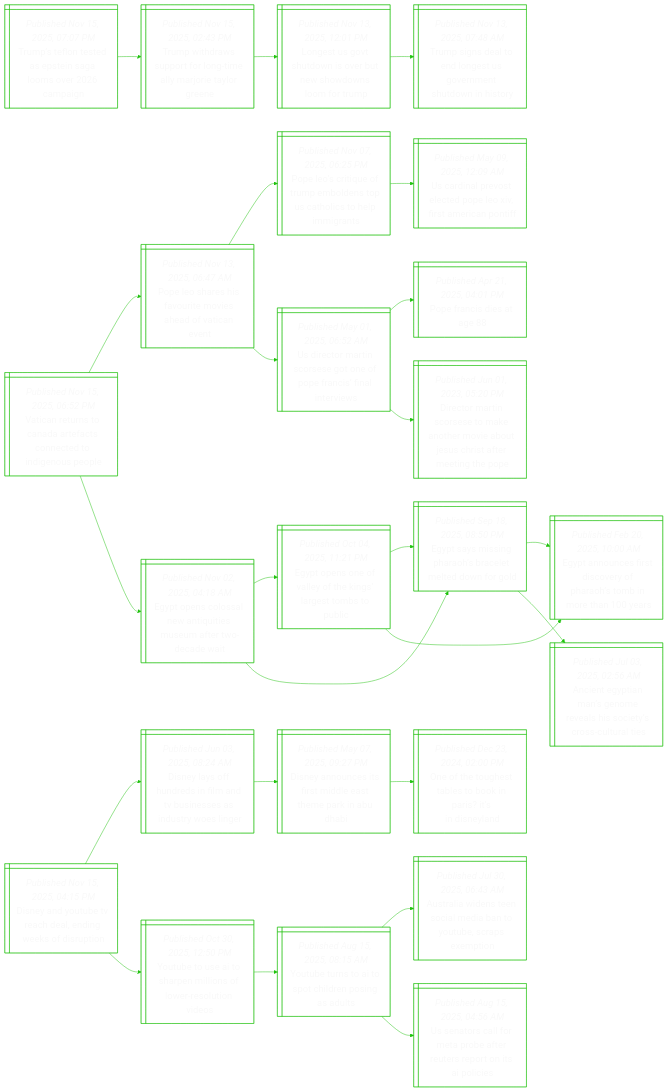
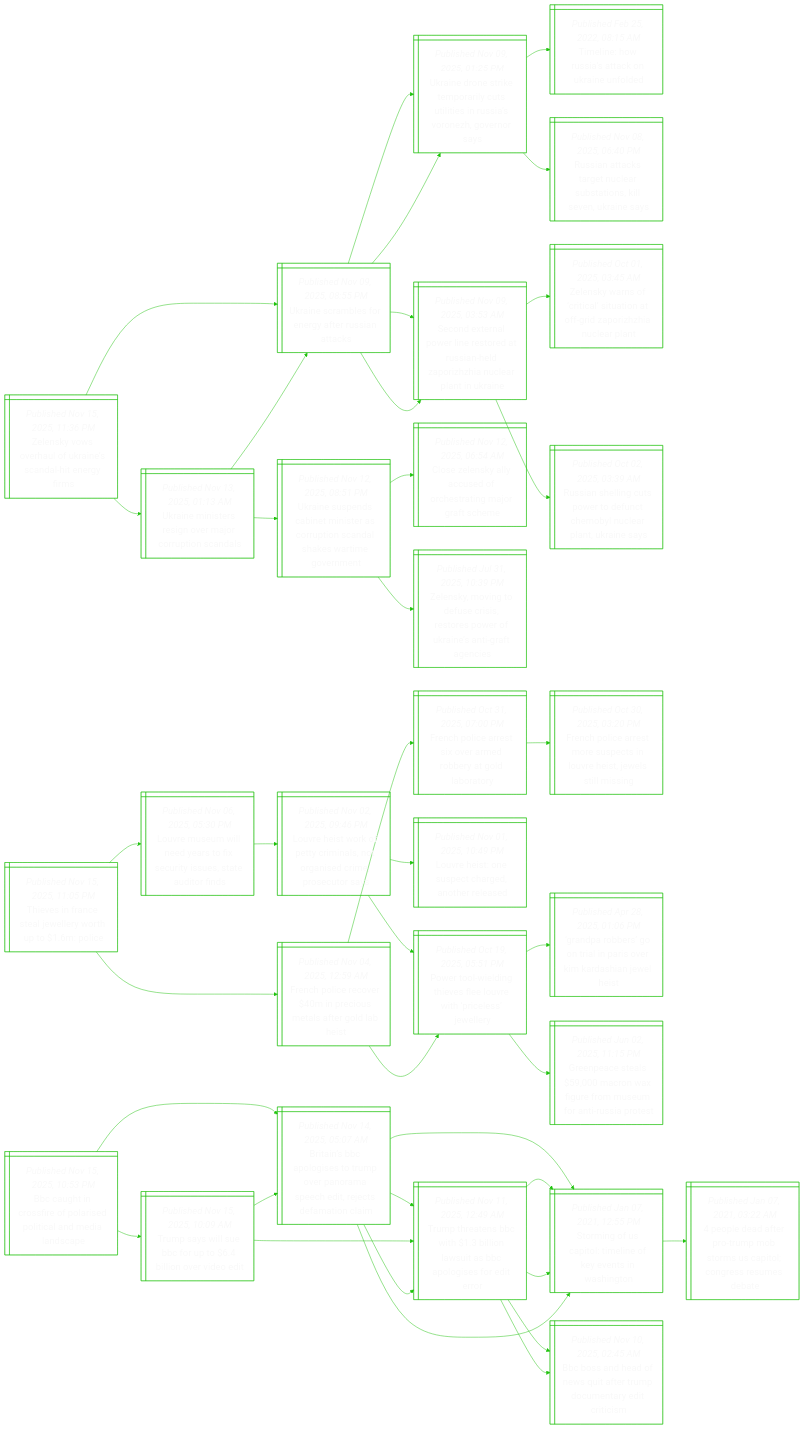
Before and after one commit to notJmes/notJmes: the diagram in README.md, drawn with Mermaid. The commit also changed other lines of this file, not shown here.

````diff
--- a/README.md
+++ b/README.md
@@ -16,85 +16,127 @@
 flowchart LR
 classDef txtsize font-size:20px;
 
-TsotEiasci@{ shape: win-pane, label: "_Published Nov 15, 2025, 07:07 PM_
-Trump’s teflon tested as epstein saga looms over 2026 campaign" }
-TwrutomyoaGe@{ shape: win-pane, label: "_Published Nov 15, 2025, 02:43 PM_
-Trump withdraws support for long-time ally marjorie taylor greene" }
-Lsounenonmr@{ shape: win-pane, label: "_Published Nov 13, 2025, 12:01 PM_
-Longest us govt shutdown is over but new showdowns loom for trump" }
-Tsdootveuns@{ shape: win-pane, label: "_Published Nov 13, 2025, 07:48 AM_
-Trump signs deal to end longest us government shutdown in history" }
+Zswroasaeys@{ shape: win-pane, label: "_Published Nov 15, 2025, 11:36 PM_
+Zelensky vows overhaul of ukraine’s scandal-hit energy firms" }
+UnasnaRaa@{ shape: win-pane, label: "_Published Nov 09, 2025, 08:55 PM_
+Ukraine scrambles for energy after russian attacks" }
+Unnimruieusnoos@{ shape: win-pane, label: "_Published Nov 09, 2025, 01:25 PM_
+Ukraine drone strike temporarily cuts utilities in russia’s voronezh, governor says" }
+Tiwitnifd@{ shape: win-pane, label: "_Published Feb 25, 2022, 08:15 AM_
+Timeline: how russia's attack on ukraine unfolded" }
+Raaanasoleaa@{ shape: win-pane, label: "_Published Nov 08, 2025, 06:40 PM_
+Russian attacks target nuclear substations, kill seven, ukraine says" }
+SdroisdshazaeaUn@{ shape: win-pane, label: "_Published Nov 09, 2025, 03:53 AM_
+Second external power line restored at russian-held zaporizhzhia nuclear plant in ukraine" }
+Zsrcctofdrhcp@{ shape: win-pane, label: "_Published Oct 01, 2025, 03:45 AM_
+Zelensky warns of ‘critical’ situation at off-grid zaporizhzhia nuclear plant" }
+Ralcooneyllke@{ shape: win-pane, label: "_Published Oct 02, 2025, 03:39 AM_
+Russian shelling cuts power to defunct chernobyl nuclear plant, ukraine says" }
+Unisgrrund@{ shape: win-pane, label: "_Published Nov 13, 2025, 01:13 AM_
+Ukraine ministers resign over major corruption scandals" }
+UnasnaRaa@{ shape: win-pane, label: "_Published Nov 09, 2025, 08:55 PM_
+Ukraine scrambles for energy after russian attacks" }
+Unnimruieusnoos@{ shape: win-pane, label: "_Published Nov 09, 2025, 01:25 PM_
+Ukraine drone strike temporarily cuts utilities in russia’s voronezh, governor says" }
+SdroisdshazaeaUn@{ shape: win-pane, label: "_Published Nov 09, 2025, 03:53 AM_
+Second external power line restored at russian-held zaporizhzhia nuclear plant in ukraine" }
+UnpCeiaronhwmen@{ shape: win-pane, label: "_Published Nov 12, 2025, 08:51 PM_
+Ukraine suspends cabinet minister as corruption scandal shakes wartime government" }
+CZslufetarc@{ shape: win-pane, label: "_Published Nov 12, 2025, 06:54 AM_
+Close zelensky ally accused of orchestrating major graft scheme" }
+Zsvossssrrsgai@{ shape: win-pane, label: "_Published Jul 31, 2025, 10:39 PM_
+Zelensky, moving to defuse crisis, restores power of ukraine’s anti-graft agencies" }
 
-TsotEiasci:::txtsize --> TwrutomyoaGe:::txtsize
-TwrutomyoaGe:::txtsize --> Lsounenonmr:::txtsize
-Lsounenonmr:::txtsize --> Tsdootveuns:::txtsize
+Zswroasaeys:::txtsize --> UnasnaRaa:::txtsize
+UnasnaRaa:::txtsize --> Unnimruieusnoos:::txtsize
+Unnimruieusnoos:::txtsize --> Tiwitnifd:::txtsize
+Unnimruieusnoos:::txtsize --> Raaanasoleaa:::txtsize
+UnasnaRaa:::txtsize --> SdroisdshazaeaUn:::txtsize
+SdroisdshazaeaUn:::txtsize --> Zsrcctofdrhcp:::txtsize
+SdroisdshazaeaUn:::txtsize --> Ralcooneyllke:::txtsize
+Zswroasaeys:::txtsize --> Unisgrrund:::txtsize
+Unisgrrund:::txtsize --> UnasnaRaa:::txtsize
+UnasnaRaa:::txtsize --> Unnimruieusnoos:::txtsize
+UnasnaRaa:::txtsize --> SdroisdshazaeaUn:::txtsize
+Unisgrrund:::txtsize --> UnpCeiaronhwmen:::txtsize
+UnpCeiaronhwmen:::txtsize --> CZslufetarc:::txtsize
+UnpCeiaronhwmen:::txtsize --> Zsvossssrrsgai:::txtsize
 
-Vauodesetiup@{ shape: win-pane, label: "_Published Nov 15, 2025, 06:52 PM_
-Vatican returns to canada artefacts connected to indigenous people" }
-Persumsdte@{ shape: win-pane, label: "_Published Nov 13, 2025, 06:47 AM_
-Pope leo shares his favourite movies ahead of vatican event" }
-PeieubnUhslit@{ shape: win-pane, label: "_Published Nov 07, 2025, 06:25 PM_
-Pope leo’s critique of trump emboldens top us catholics to help immigrants" }
-UdPscooimat@{ shape: win-pane, label: "_Published May 09, 2025, 12:09 AM_
-Us cardinal prevost elected pope leo xiv, first american pontiff" }
-UeMnsooecnte@{ shape: win-pane, label: "_Published May 01, 2025, 06:52 AM_
-Us director martin scorsese got one of pope francis’ final interviews" }
-Prsa@{ shape: win-pane, label: "_Published Apr 21, 2025, 04:01 PM_
-Pope francis dies at age 88" }
-DtrcsaomaJCtrie@{ shape: win-pane, label: "_Published Jun 01, 2023, 05:20 PM_
-Director martin scorsese to make another movie about jesus christ after meeting the pope" }
-Eocswqeetodt@{ shape: win-pane, label: "_Published Nov 02, 2025, 04:18 AM_
-Egypt opens colossal new antiquities museum after two-decade wait" }
-EooVyesempc@{ shape: win-pane, label: "_Published Oct 04, 2025, 11:21 PM_
-Egypt opens one of valley of the kings’ largest tombs to public" }
-Esigaretwg@{ shape: win-pane, label: "_Published Sep 18, 2025, 08:50 PM_
-Egypt says missing pharaoh’s bracelet melted down for gold" }
-Eaniiepomoar@{ shape: win-pane, label: "_Published Feb 20, 2025, 10:00 AM_
-Egypt announces first discovery of pharaoh’s tomb in more than 100 years" }
-Esigaretwg@{ shape: win-pane, label: "_Published Sep 18, 2025, 08:50 PM_
-Egypt says missing pharaoh’s bracelet melted down for gold" }
-Eaniiepomoar@{ shape: win-pane, label: "_Published Feb 20, 2025, 10:00 AM_
-Egypt announces first discovery of pharaoh’s tomb in more than 100 years" }
-Anpmerlstoll@{ shape: win-pane, label: "_Published Jul 03, 2025, 02:56 AM_
-Ancient egyptian man’s genome reveals his society’s cross-cultural ties" }
+Tersjlopo@{ shape: win-pane, label: "_Published Nov 15, 2025, 11:05 PM_
+Thieves in france steal jewellery worth up to $1.6m: police" }
+Leulytsisturs@{ shape: win-pane, label: "_Published Nov 06, 2025, 05:30 PM_
+Louvre museum will need years to fix security issues, state auditor finds" }
+Letotmsrsioty@{ shape: win-pane, label: "_Published Nov 02, 2025, 09:46 PM_
+Louvre heist work of petty criminals, not organised crime, prosecutor says" }
+Ptineluiisey@{ shape: win-pane, label: "_Published Oct 19, 2025, 05:51 PM_
+Power tool-wielding thieves flee louvre with ‘priceless’ jewellery" }
+Letutgors@{ shape: win-pane, label: "_Published Nov 01, 2025, 10:49 PM_
+Louvre heist: one suspect charged, another released" }
+Fhcoicmsrli@{ shape: win-pane, label: "_Published Nov 04, 2025, 12:59 AM_
+French police recover $40m in precious metals after gold lab heist" }
+Fhcexarrobo@{ shape: win-pane, label: "_Published Oct 31, 2025, 07:00 PM_
+French police arrest six over armed robbery at gold laboratory" }
+Fhcerpiviwtig@{ shape: win-pane, label: "_Published Oct 30, 2025, 03:20 PM_
+French police arrest more suspects in louvre heist, jewels still missing" }
+Ptineluiisey@{ shape: win-pane, label: "_Published Oct 19, 2025, 05:51 PM_
+Power tool-wielding thieves flee louvre with ‘priceless’ jewellery" }
+GpboiPoidaes@{ shape: win-pane, label: "_Published Apr 28, 2025, 01:06 PM_
+‘grandpa robbers’ go on trial in paris over kim kardashian jewel heist" }
+Gpssofemmnsrt@{ shape: win-pane, label: "_Published Jun 02, 2025, 11:15 PM_
+Greenpeace steals $59,000 macron wax figure from museum for anti-russia protest" }
 
-Vauodesetiup:::txtsize --> Persumsdte:::txtsize
-Persumsdte:::txtsize --> PeieubnUhslit:::txtsize
-PeieubnUhslit:::txtsize --> UdPscooimat:::txtsize
-Persumsdte:::txtsize --> UeMnsooecnte:::txtsize
-UeMnsooecnte:::txtsize --> Prsa:::txtsize
-UeMnsooecnte:::txtsize --> DtrcsaomaJCtrie:::txtsize
-Vauodesetiup:::txtsize --> Eocswqeetodt:::txtsize
-Eocswqeetodt:::txtsize --> EooVyesempc:::txtsize
-EooVyesempc:::txtsize --> Esigaretwg:::txtsize
-EooVyesempc:::txtsize --> Eaniiepomoar:::txtsize
-Eocswqeetodt:::txtsize --> Esigaretwg:::txtsize
-Esigaretwg:::txtsize --> Eaniiepomoar:::txtsize
-Esigaretwg:::txtsize --> Anpmerlstoll:::txtsize
+Tersjlopo:::txtsize --> Leulytsisturs:::txtsize
+Leulytsisturs:::txtsize --> Letotmsrsioty:::txtsize
+Letotmsrsioty:::txtsize --> Ptineluiisey:::txtsize
+Letotmsrsioty:::txtsize --> Letutgors:::txtsize
+Tersjlopo:::txtsize --> Fhcoicmsrli:::txtsize
+Fhcoicmsrli:::txtsize --> Fhcexarrobo:::txtsize
+Fhcexarrobo:::txtsize --> Fhcerpiviwtig:::txtsize
+Fhcoicmsrli:::txtsize --> Ptineluiisey:::txtsize
+Ptineluiisey:::txtsize --> GpboiPoidaes:::txtsize
+Ptineluiisey:::txtsize --> Gpssofemmnsrt:::txtsize
 
-Dyoeaaiedp@{ shape: win-pane, label: "_Published Nov 15, 2025, 04:15 PM_
-Disney and youtube tv reach deal, ending weeks of disruption" }
-DyonslTienrse@{ shape: win-pane, label: "_Published Jun 03, 2025, 08:24 AM_
-Disney lays off hundreds in film and tv businesses as industry woes linger" }
-Dyuirdaerbb@{ shape: win-pane, label: "_Published May 07, 2025, 09:27 PM_
-Disney announces its first middle east theme park in abu dhabi" }
-OtuteoPIDy@{ shape: win-pane, label: "_Published Dec 23, 2024, 02:00 PM_
-One of the toughest tables to book in paris? it’s in disneyland" }
-Ybsoplswsid@{ shape: win-pane, label: "_Published Oct 30, 2025, 12:50 PM_
-Youtube to use ai to sharpen millions of lower-resolution videos" }
-YbnIolpgu@{ shape: win-pane, label: "_Published Aug 15, 2025, 08:15 AM_
-Youtube turns to ai to spot children posing as adults" }
-AaitombYbaeo@{ shape: win-pane, label: "_Published Jul 30, 2025, 06:43 AM_
-Australia widens teen social media ban to youtube, scraps exemption" }
-UacoaerepnIc@{ shape: win-pane, label: "_Published Aug 15, 2025, 04:56 AM_
-Us senators call for meta probe after reuters report on its ai policies" }
+Bunsoadtadnp@{ shape: win-pane, label: "_Published Nov 15, 2025, 10:53 PM_
+Bbc caught in crossfire of polarised political and media landscape" }
+BiCosueoshrtaoi@{ shape: win-pane, label: "_Published Nov 14, 2025, 05:07 AM_
+Britain’s bbc apologises to trump over panorama speech edit, rejects defamation claim" }
+SiUiinenWn@{ shape: win-pane, label: "_Published Jan 07, 2021, 12:55 PM_
+Storming of us capitol: timeline of key events in washington" }
+peapubmalrest@{ shape: win-pane, label: "_Published Jan 07, 2021, 03:22 AM_
+4 people dead after pro-trump mob storms us capitol; congress resumes debate" }
+TttBhiwaagfio@{ shape: win-pane, label: "_Published Nov 11, 2025, 12:49 AM_
+Trump threatens bbc with $1.3 billion lawsuit as bbc apologises for edit error" }
+Bshfqfroneri@{ shape: win-pane, label: "_Published Nov 10, 2025, 02:45 AM_
+Bbc boss and head of news quit after trump documentary edit criticism" }
+SiUiinenWn@{ shape: win-pane, label: "_Published Jan 07, 2021, 12:55 PM_
+Storming of us capitol: timeline of key events in washington" }
+Tsieooieet@{ shape: win-pane, label: "_Published Nov 15, 2025, 10:09 AM_
+Trump says will sue bbc for up to $6.4 billion over video edit" }
+TttBhiwaagfio@{ shape: win-pane, label: "_Published Nov 11, 2025, 12:49 AM_
+Trump threatens bbc with $1.3 billion lawsuit as bbc apologises for edit error" }
+Bshfqfroneri@{ shape: win-pane, label: "_Published Nov 10, 2025, 02:45 AM_
+Bbc boss and head of news quit after trump documentary edit criticism" }
+SiUiinenWn@{ shape: win-pane, label: "_Published Jan 07, 2021, 12:55 PM_
+Storming of us capitol: timeline of key events in washington" }
+BiCosueoshrtaoi@{ shape: win-pane, label: "_Published Nov 14, 2025, 05:07 AM_
+Britain’s bbc apologises to trump over panorama speech edit, rejects defamation claim" }
+SiUiinenWn@{ shape: win-pane, label: "_Published Jan 07, 2021, 12:55 PM_
+Storming of us capitol: timeline of key events in washington" }
+TttBhiwaagfio@{ shape: win-pane, label: "_Published Nov 11, 2025, 12:49 AM_
+Trump threatens bbc with $1.3 billion lawsuit as bbc apologises for edit error" }
 
-Dyoeaaiedp:::txtsize --> DyonslTienrse:::txtsize
-DyonslTienrse:::txtsize --> Dyuirdaerbb:::txtsize
-Dyuirdaerbb:::txtsize --> OtuteoPIDy:::txtsize
-Dyoeaaiedp:::txtsize --> Ybsoplswsid:::txtsize
-Ybsoplswsid:::txtsize --> YbnIolpgu:::txtsize
-YbnIolpgu:::txtsize --> AaitombYbaeo:::txtsize
-YbnIolpgu:::txtsize --> UacoaerepnIc:::txtsize
+Bunsoadtadnp:::txtsize --> BiCosueoshrtaoi:::txtsize
+BiCosueoshrtaoi:::txtsize --> SiUiinenWn:::txtsize
+SiUiinenWn:::txtsize --> peapubmalrest:::txtsize
+BiCosueoshrtaoi:::txtsize --> TttBhiwaagfio:::txtsize
+TttBhiwaagfio:::txtsize --> Bshfqfroneri:::txtsize
+TttBhiwaagfio:::txtsize --> SiUiinenWn:::txtsize
+Bunsoadtadnp:::txtsize --> Tsieooieet:::txtsize
+Tsieooieet:::txtsize --> TttBhiwaagfio:::txtsize
+TttBhiwaagfio:::txtsize --> Bshfqfroneri:::txtsize
+TttBhiwaagfio:::txtsize --> SiUiinenWn:::txtsize
+Tsieooieet:::txtsize --> BiCosueoshrtaoi:::txtsize
+BiCosueoshrtaoi:::txtsize --> SiUiinenWn:::txtsize
+BiCosueoshrtaoi:::txtsize --> TttBhiwaagfio:::txtsize
 
 ```
````
